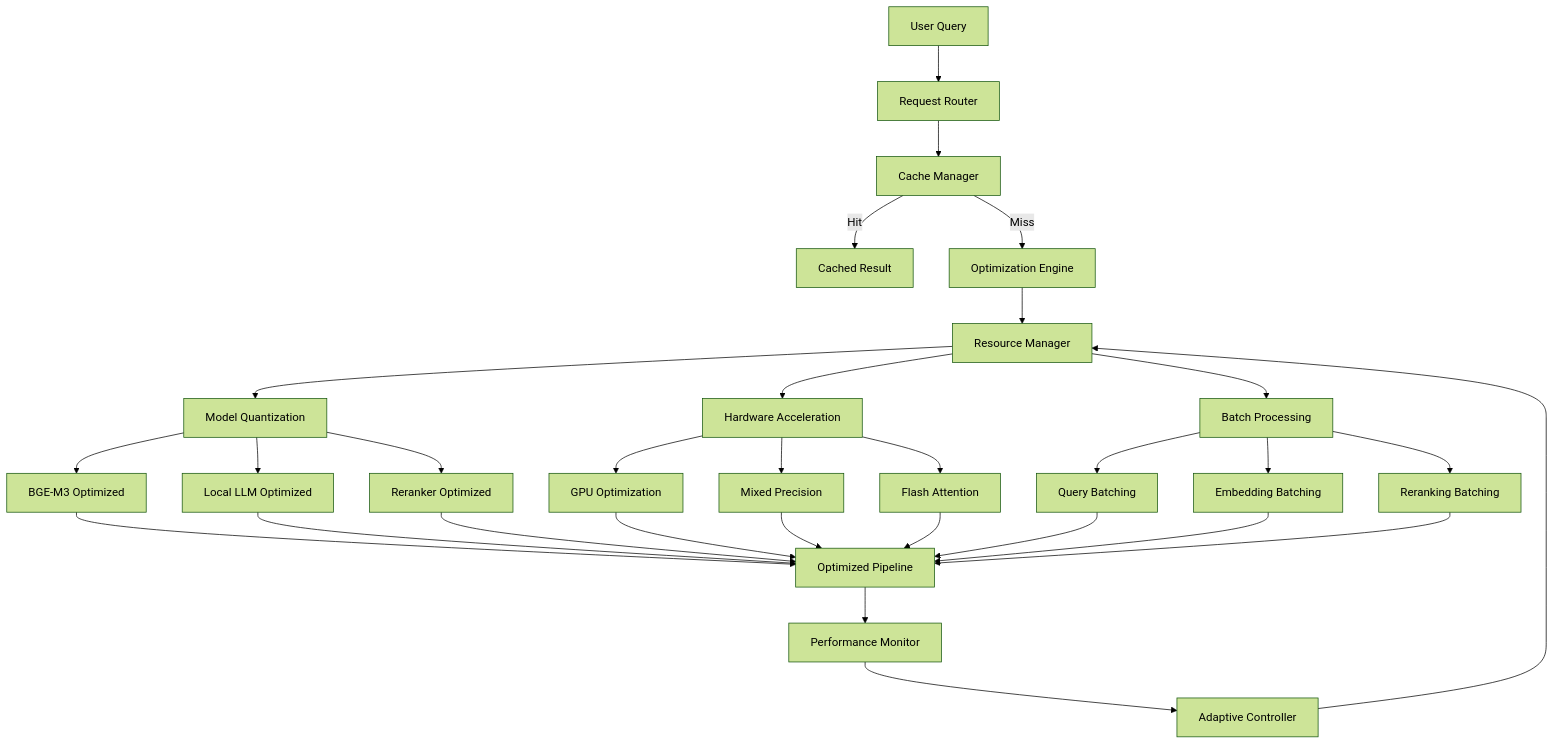
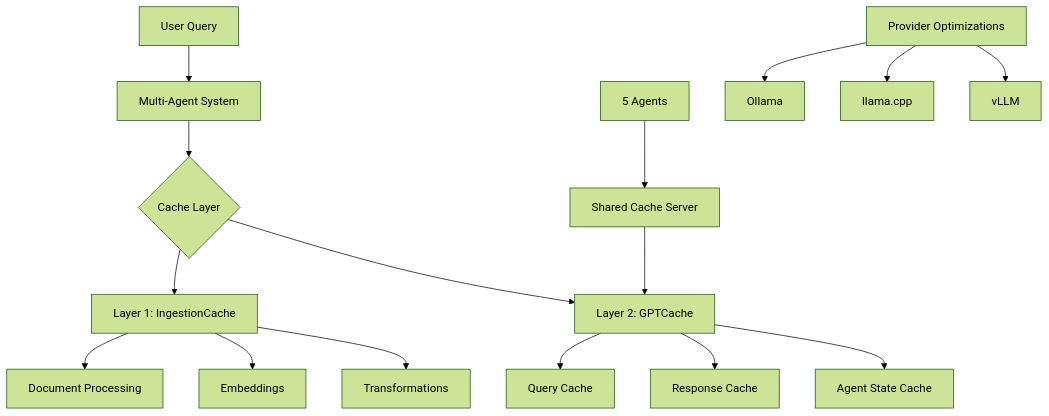
One commit to BjornMelin/docmind-ai-llm changed the diagram in docs/adrs/new/ADR-010-NEW-performance-optimization-strategy.md. Above: the diagram before and after it, drawn with Mermaid (forest theme). The commit also changed other lines of this file and 12 other files, not shown here.

First line of the commit message:
docs(adrs): update architecture decision records for enhanced capabilities and optimizations

````diff
--- a/docs/adrs/new/ADR-010-NEW-performance-optimization-strategy.md
+++ b/docs/adrs/new/ADR-010-NEW-performance-optimization-strategy.md
@@ -149,38 +107,23 @@
 ```mermaid
 graph TD
-    A[User Query] --> B[Request Router]
-    B --> C[Cache Manager]
-    C -->|Hit| D[Cached Result]
-    C -->|Miss| E[Optimization Engine]
+    A[User Query] --> B[Multi-Agent System]
+    B --> C{Cache Layer}
     
-    E --> F[Resource Manager]
-    F --> G[Model Quantization]
-    F --> H[Hardware Acceleration]
-    F --> I[Batch Processing]
+    C --> D[Layer 1: IngestionCache]
+    C --> E[Layer 2: GPTCache]
     
-    G --> J[BGE-M3 Optimized]
-    G --> K[Local LLM Optimized]
-    G --> L[Reranker Optimized]
+    D --> F[Document Processing]
+    D --> G[Embeddings]
+    D --> H[Transformations]
     
-    H --> M[GPU Optimization]
-    H --> N[Mixed Precision]
-    H --> O[Flash Attention]
+    E --> I[Query Cache]
+    E --> J[Response Cache]
+    E --> K[Agent State Cache]
     
-    I --> P[Query Batching]
-    I --> Q[Embedding Batching]
-    I --> R[Reranking Batching]
+    L[5 Agents] --> M[Shared Cache Server]
+    M --> E
     
-    J --> S[Optimized Pipeline]
-    K --> S
-    L --> S
-    M --> S
-    N --> S
-    O --> S
-    P --> S
-    Q --> S
-    R --> S
-    
-    S --> T[Performance Monitor]
-    T --> U[Adaptive Controller]
-    U --> F
+    N[Provider Optimizations] --> O[Ollama]
+    N --> P[llama.cpp]
+    N --> Q[vLLM]
 ```
````
